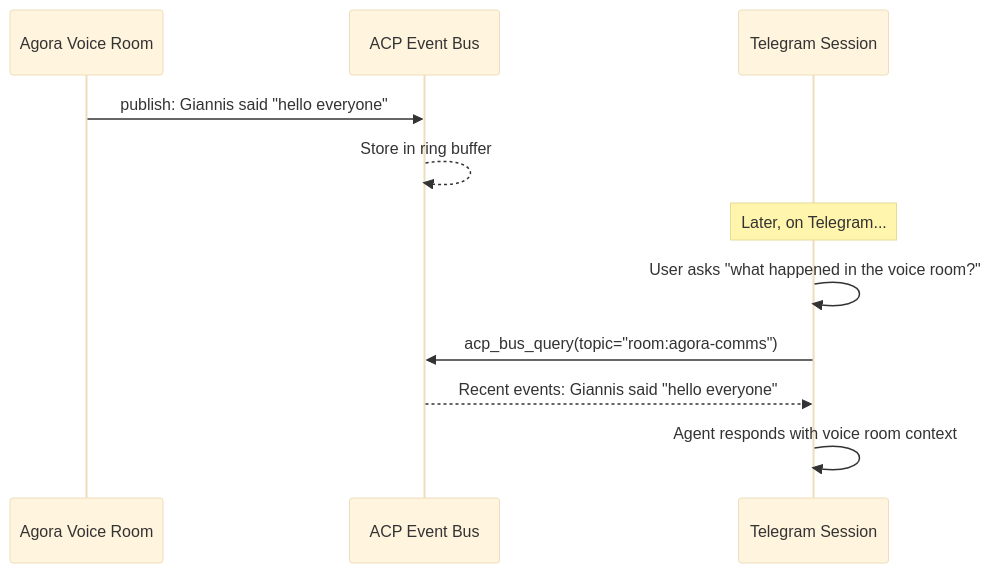
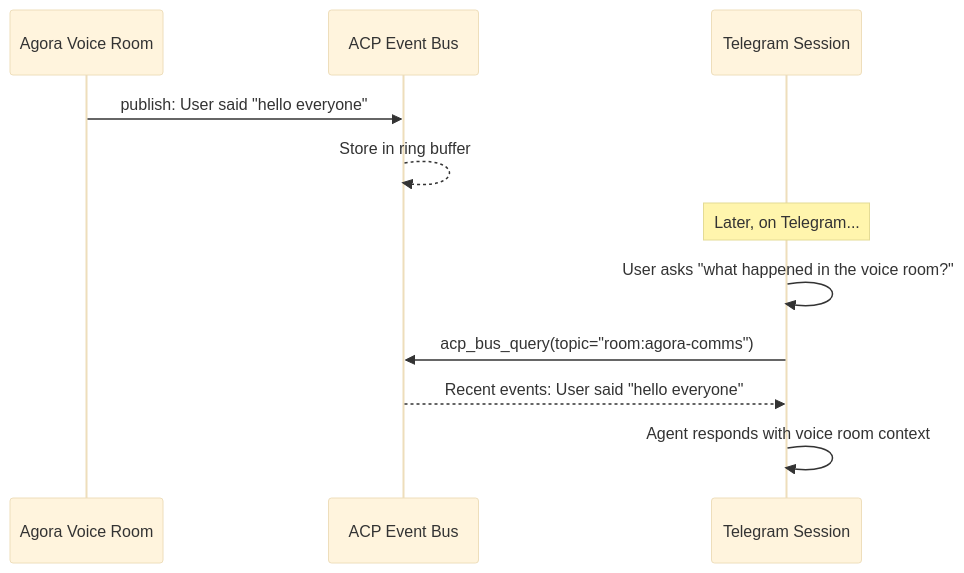
The third of 6 diagrams in README.md (0xyg3n/Agora), drawn with Mermaid (base theme) before and after one commit. The commit also changed other lines of this file and 4 other files, not shown here.

````diff
--- a/README.md
+++ b/README.md
@@ -132,15 +132,15 @@
 ```mermaid
 sequenceDiagram
     participant VR as Agora Voice Room
     participant Bus as ACP Event Bus
     participant TG as Telegram Session
 
-    VR->>Bus: publish: Giannis said "hello everyone"
+    VR->>Bus: publish: User said "hello everyone"
     Bus-->>Bus: Store in ring buffer
 
     Note over TG: Later, on Telegram...
     TG->>TG: User asks "what happened in the voice room?"
     TG->>Bus: acp_bus_query(topic="room:agora-comms")
-    Bus-->>TG: Recent events: Giannis said "hello everyone"
+    Bus-->>TG: Recent events: User said "hello everyone"
     TG->>TG: Agent responds with voice room context
 ```
````
